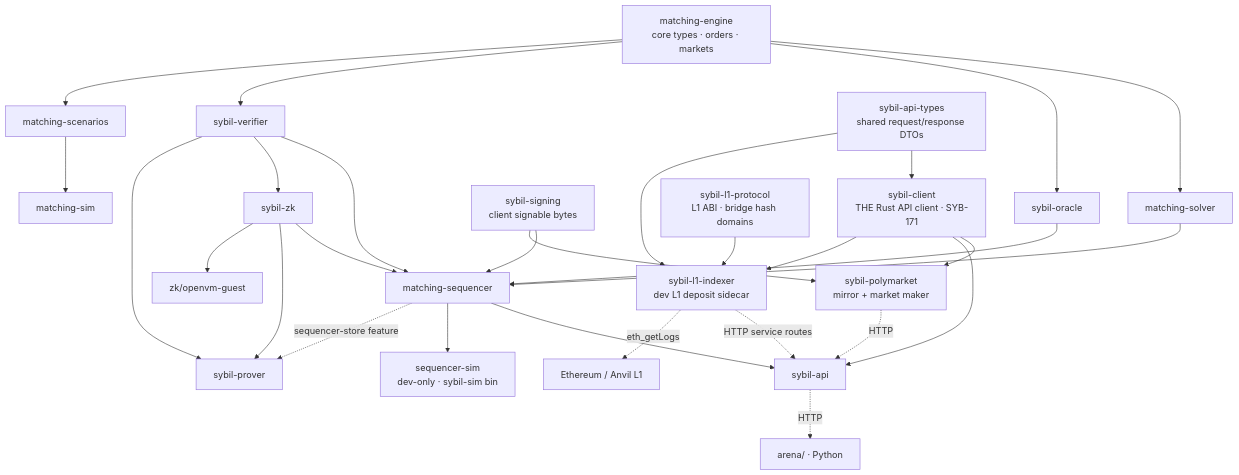
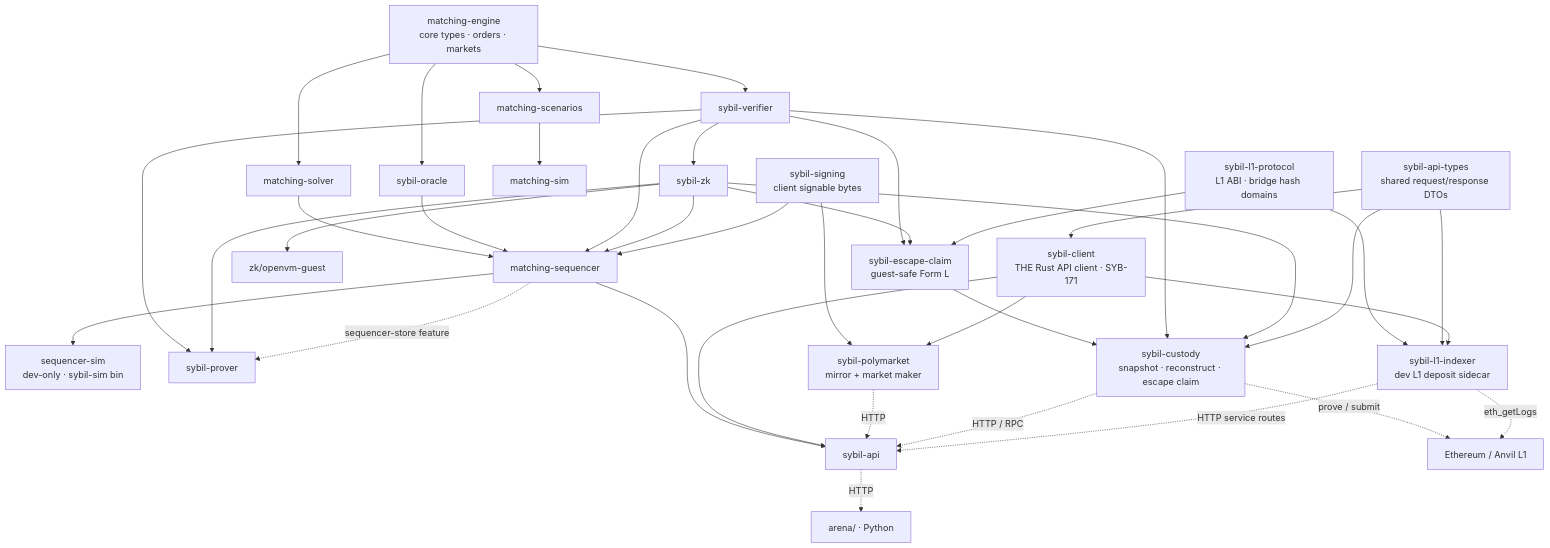
One commit to MetaB0y/sybil changed the diagram in docs/architecture/Crate Dependency Map.md. Above: the diagram before and after it, drawn with Mermaid. The commit also changed other lines of this file and 103 other files, not shown here.

````diff
--- a/docs/architecture/Crate Dependency Map.md
+++ b/docs/architecture/Crate Dependency Map.md
@@ -30,37 +40,46 @@
 ```mermaid
 graph TB
     ENGINE["matching-engine<br/>core types · orders · markets"]
 
     ENGINE --> SOLVER["matching-solver"]
     ENGINE --> ORACLE["sybil-oracle"]
     ENGINE --> VERIFIER["sybil-verifier"]
     ENGINE --> SCENARIOS["matching-scenarios"]
 
     SOLVER --> SEQ["matching-sequencer"]
     ORACLE --> SEQ
     VERIFIER --> SEQ
     ZK --> SEQ
 
     SEQ --> API["sybil-api"]
     SEQ --> SEQSIM["sequencer-sim<br/>dev-only · sybil-sim bin"]
     API -.->|"HTTP"| ARENA["arena/ · Python"]
 
     SCENARIOS --> SIM["matching-sim"]
     VERIFIER --> ZK["sybil-zk"]
+    VERIFIER --> ESCAPEGUEST["sybil-escape-claim<br/>guest-safe Form L"]
+    ZK --> ESCAPEGUEST
     VERIFIER --> PROVER["sybil-prover"]
     ZK --> PROVER
     SEQ -.->|"sequencer-store feature"| PROVER
     ZK --> OPENVM["zk/openvm-guest"]
 
     SIGNING["sybil-signing<br/>client signable bytes"] --> SEQ
     SIGNING --> POLY
     TYPES["sybil-api-types<br/>shared request/response DTOs"] --> CLIENT["sybil-client<br/>THE Rust API client · SYB-171"]
     CLIENT --> POLY["sybil-polymarket<br/>mirror + market maker"]
     CLIENT --> API
     POLY -.->|"HTTP"| API
     L1PROTO["sybil-l1-protocol<br/>L1 ABI · bridge hash domains"] --> L1INDEXER["sybil-l1-indexer<br/>dev L1 deposit sidecar"]
+    L1PROTO --> ESCAPEGUEST
+    ESCAPEGUEST --> CUSTODY["sybil-custody<br/>snapshot · reconstruct · escape claim"]
+    VERIFIER --> CUSTODY
+    ZK --> CUSTODY
+    TYPES --> CUSTODY
+    CUSTODY -.->|"HTTP / RPC"| API
+    CUSTODY -.->|"prove / submit"| L1
     TYPES --> L1INDEXER
     CLIENT --> L1INDEXER
     L1INDEXER -.->|"HTTP service routes"| API
     L1INDEXER -.->|"eth_getLogs"| L1["Ethereum / Anvil L1"]
 ```
````
